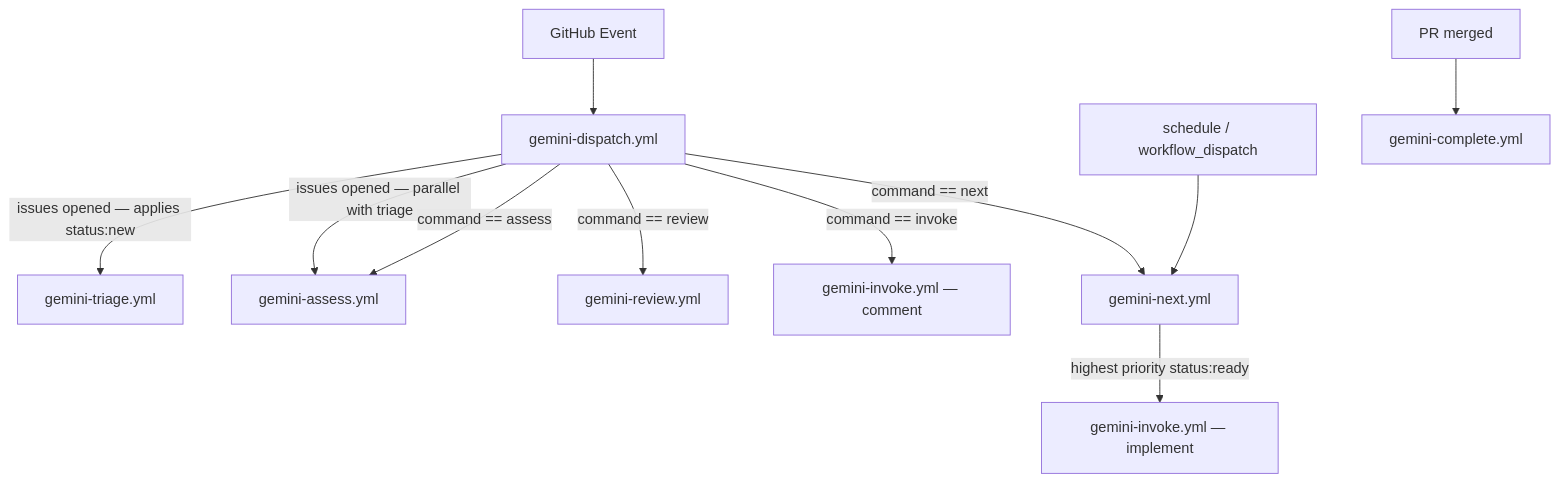
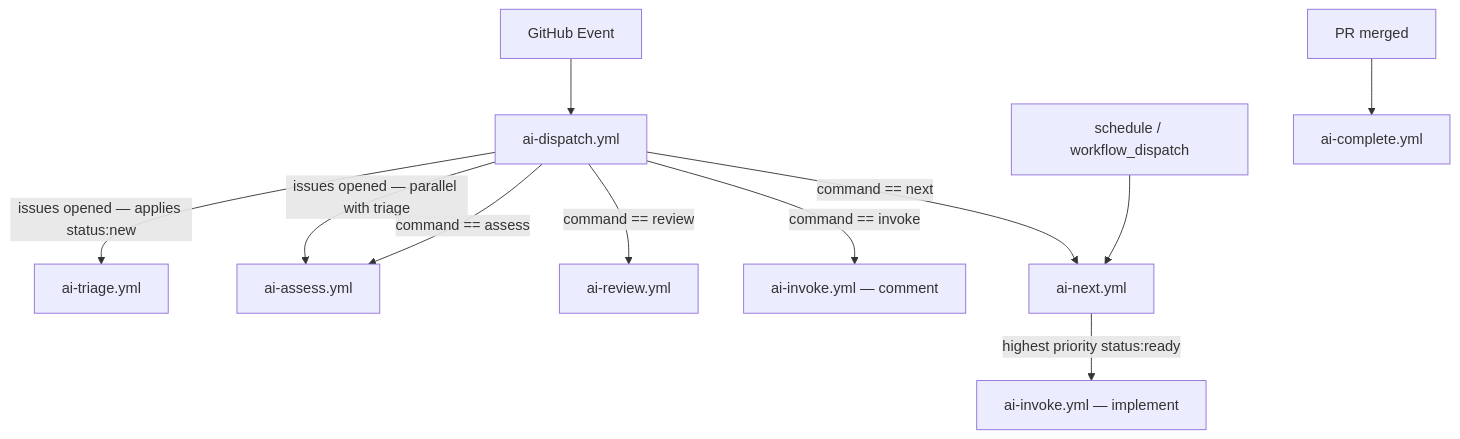
One commit to pantheon-org/mneme changed the second of 2 diagrams in docs/issue-lifecycle.md. Above: the diagram before and after it, drawn with Mermaid. The commit also changed other lines of this file and 29 other files, not shown here.

````diff
--- a/docs/issue-lifecycle.md
+++ b/docs/issue-lifecycle.md
@@ -157,13 +157,13 @@
 ```mermaid
 flowchart TD
-    E[GitHub Event] --> D[gemini-dispatch.yml]
-    D -->|issues opened — applies status:new| T[gemini-triage.yml]
-    D -->|issues opened — parallel with triage| A[gemini-assess.yml]
-    D -->|command == review| R[gemini-review.yml]
-    D -->|command == invoke| I[gemini-invoke.yml — comment]
+    E[GitHub Event] --> D[ai-dispatch.yml]
+    D -->|issues opened — applies status:new| T[ai-triage.yml]
+    D -->|issues opened — parallel with triage| A[ai-assess.yml]
+    D -->|command == review| R[ai-review.yml]
+    D -->|command == invoke| I[ai-invoke.yml — comment]
     D -->|command == assess| A
-    D -->|command == next| N[gemini-next.yml]
+    D -->|command == next| N[ai-next.yml]
     S[schedule / workflow_dispatch] --> N
-    N -->|highest priority status:ready| I2[gemini-invoke.yml — implement]
-    PR[PR merged] --> C[gemini-complete.yml]
+    N -->|highest priority status:ready| I2[ai-invoke.yml — implement]
+    PR[PR merged] --> C[ai-complete.yml]
 ```
````
